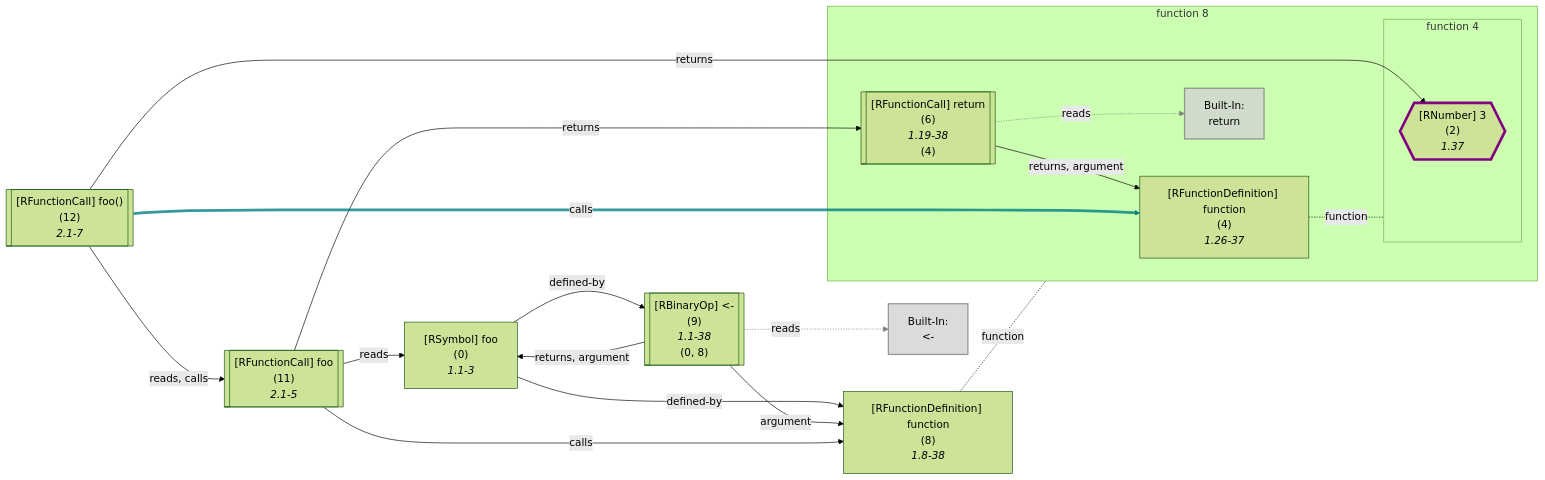
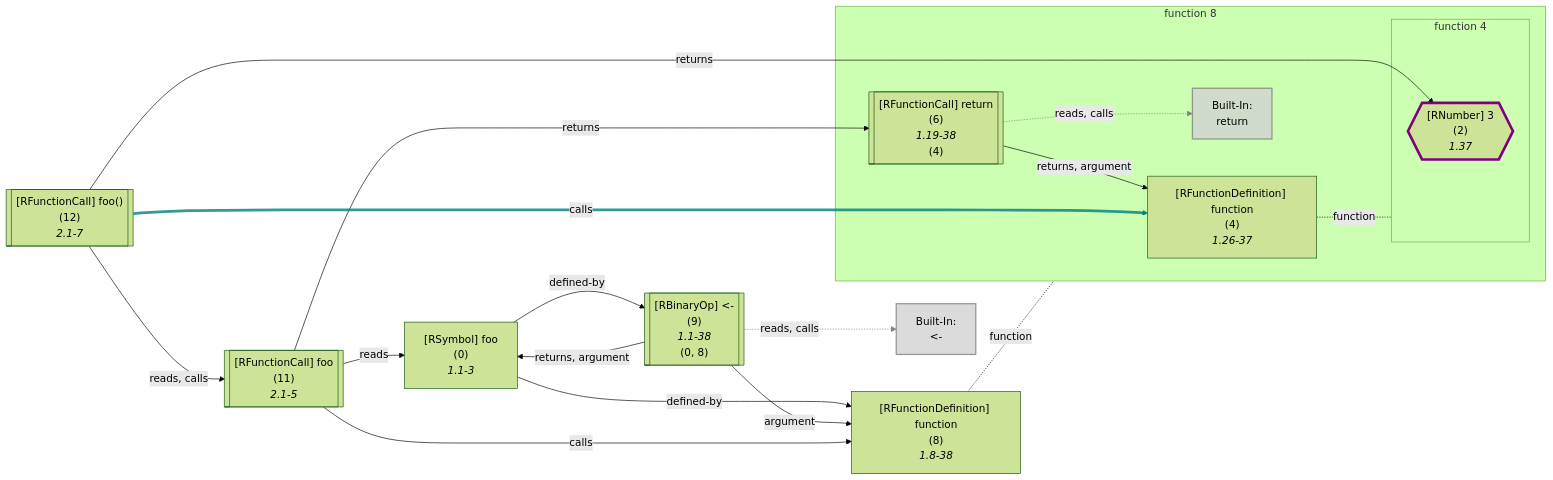
Before and after one commit to flowr-analysis/flowr: diagram 16 of 51 in wiki/Dataflow Graph.md, drawn with Mermaid (forest theme). The commit also changed other lines of this file and 8 other files, not shown here.

Commit message:
[skip ci] doc: update generated wiki pages (wiki/Capabilities,wiki/Dataflow Graph,wiki/Query API,wiki/Search API,wiki/Engines,wiki/Interface,wiki/Control Flow Graph,wiki/Core,README)

````diff
--- a/wiki/Dataflow Graph.md
+++ b/wiki/Dataflow Graph.md
@@ -2477,74 +2477,74 @@
 ```mermaid
 flowchart LR
     8["`#91;RFunctionDefinition#93; function
       (8)
       *1.8-38*`"]
 
 subgraph "flow-8" [function 8]
     %% Environment of 4 [level: 1]:
     %% Built-in
     %% 282----------------------------------------
     %% 283----------------------------------------
     4["`#91;RFunctionDefinition#93; function
       (4)
       *1.26-37*`"]
 
 subgraph "flow-4" [function 4]
     2{{"`#91;RNumber#93; 3
       (2)
       *1.37*`"}}
     style 2 stroke:purple,stroke-width:4px; 
 end
     6[["`#91;RFunctionCall#93; return
       (6)
       *1.19-38*
     (4)`"]]
     built-in:return["`Built-In:
 return`"]
     style built-in:return stroke:gray,fill:lightgray,stroke-width:2px,opacity:.8;
 end
     0["`#91;RSymbol#93; foo
       (0)
       *1.1-3*`"]
     9[["`#91;RBinaryOp#93; #60;#45;
       (9)
       *1.1-38*
     (0, 8)`"]]
     built-in:_-["`Built-In:
 #60;#45;`"]
     style built-in:_- stroke:gray,fill:lightgray,stroke-width:2px,opacity:.8;
     %% Environment of 11 [level: 0]:
     %% Built-in
     %% 302----------------------------------------
     %%   foo: {**foo** (id: 0, type: Function, def. @9)}
     11[["`#91;RFunctionCall#93; foo
       (11)
       *2.1-5*`"]]
     %% Environment of 12 [level: 0]:
     %% Built-in
     %% 303----------------------------------------
     %%   foo: {**foo** (id: 0, type: Function, def. @9)}
     12[["`#91;RFunctionCall#93; foo()
       (12)
       *2.1-7*`"]]
 4 -.-|function| flow-4
 
     6 -->|"returns, argument"| 4
-    6 -.->|"reads"| built-in:return
+    6 -.->|"reads, calls"| built-in:return
     linkStyle 2 stroke:gray;
 8 -.-|function| flow-8
 
     0 -->|"defined-by"| 8
     0 -->|"defined-by"| 9
     9 -->|"argument"| 8
     9 -->|"returns, argument"| 0
-    9 -.->|"reads"| built-in:_-
+    9 -.->|"reads, calls"| built-in:_-
     linkStyle 8 stroke:gray;
     11 -->|"reads"| 0
     11 -->|"returns"| 6
     11 -->|"calls"| 8
     12 -->|"reads, calls"| 11
     12 -->|"returns"| 2
     12 -->|"calls"| 4
     linkStyle 14 stroke:teal,stroke-width:4.2px,stroke-opacity:.8
 ```
````
